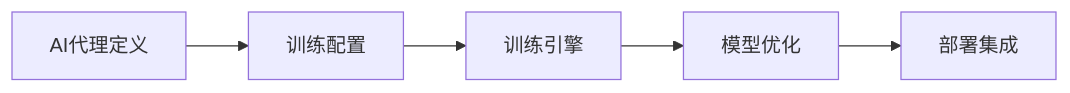
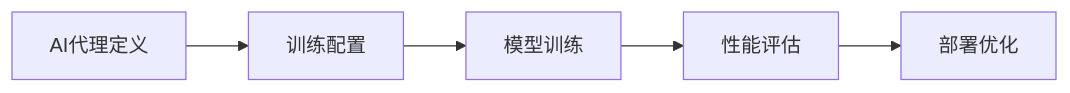
The sixth of 7 diagrams in reports/2026/01/2026-01-20.md (wayyoungboy/github-trending-reporter), drawn with Mermaid before and after one commit. The commit also changed other lines of this file and 1 other file, not shown here.

````diff
--- a/reports/2026/01/2026-01-20.md
+++ b/reports/2026/01/2026-01-20.md
@@ -303,7 +309,7 @@
 ```mermaid
 graph LR
     A[AI代理定义] --> B[训练配置]
-    B --> C[训练引擎]
-    C --> D[模型优化]
-    D --> E[部署集成]
+    B --> C[模型训练]
+    C --> D[性能评估]
+    D --> E[部署优化]
 ```
````
